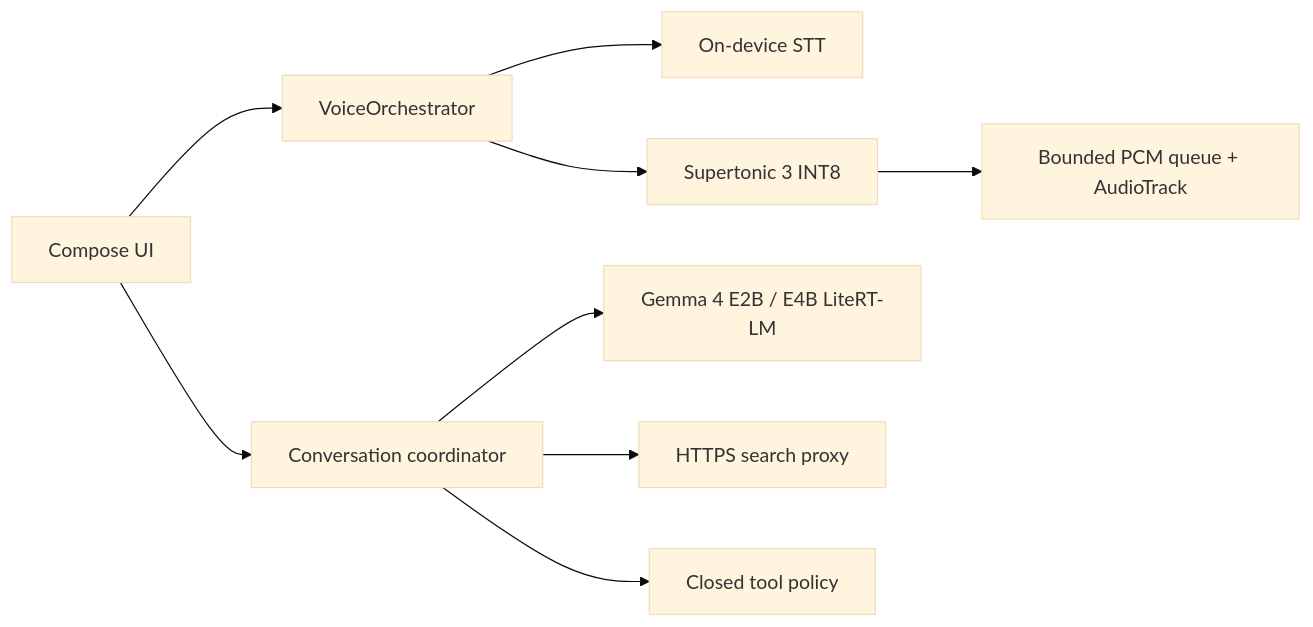
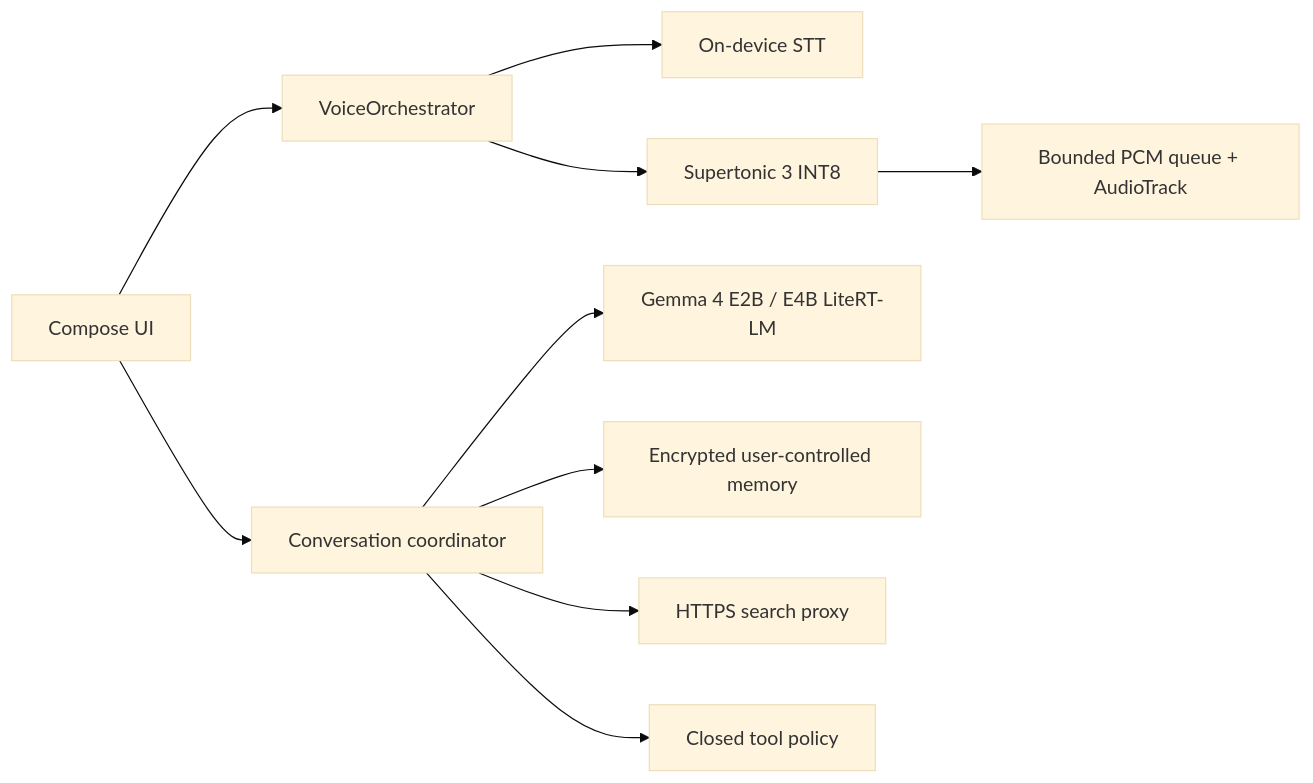
The diagram in docs/architecture.md (kutaelee/my-dear), drawn with Mermaid (base theme) before and after one commit. The commit also changed other lines of this file and 26 other files, not shown here.

````diff
--- a/docs/architecture.md
+++ b/docs/architecture.md
@@ -7,11 +7,12 @@
 ```mermaid
 flowchart LR
   UI["Compose UI"] --> VO["VoiceOrchestrator"]
   UI --> CHAT["Conversation coordinator"]
   VO --> STT["On-device STT"]
   CHAT --> LLM["Gemma 4 E2B / E4B LiteRT-LM"]
+  CHAT --> MEMORY["Encrypted user-controlled memory"]
   CHAT --> SEARCH["HTTPS search proxy"]
   CHAT --> POLICY["Closed tool policy"]
   VO --> TTS["Supertonic 3 INT8"]
   TTS --> PCM["Bounded PCM queue + AudioTrack"]
 ```
````
